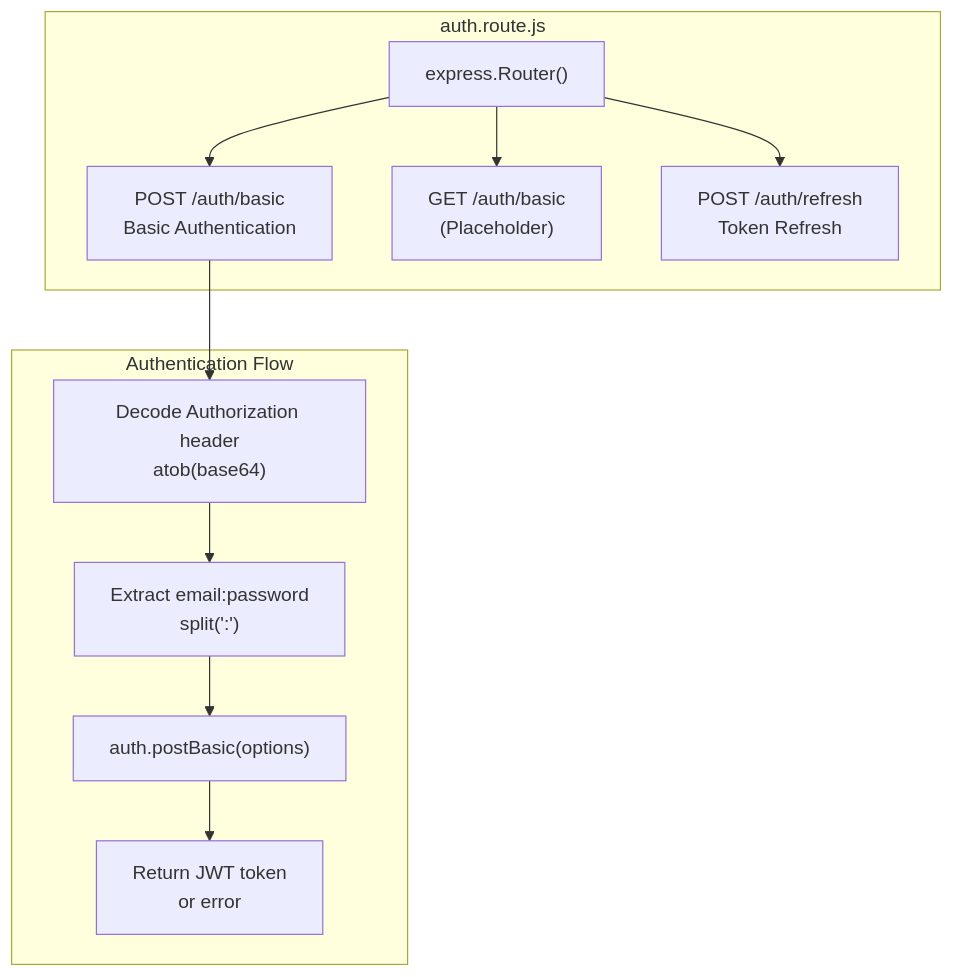
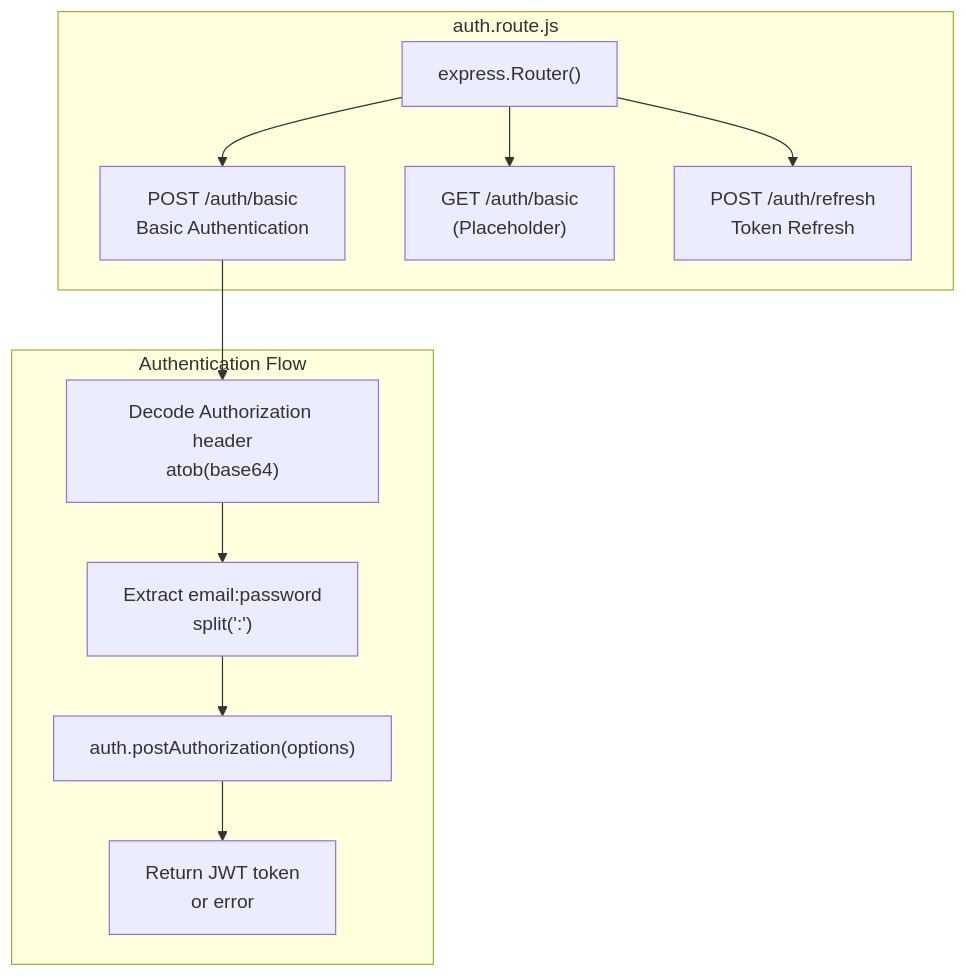
One commit to Ziddykins/LegendOfAetheria changed the third of 6 diagrams in docs/38_REST_API.md. Above: the diagram before and after it, drawn with Mermaid. The commit also changed other lines of this file and 15 other files, not shown here.

````diff
--- a/docs/38_REST_API.md
+++ b/docs/38_REST_API.md
@@ -165,21 +165,21 @@
 ```mermaid
 graph TB
     subgraph "auth.route.js"
         AuthRouter["express.Router()"]
         
         BasicPost["POST /auth/basic<br/>Basic Authentication"]
         BasicGet["GET /auth/basic<br/>(Placeholder)"]
         RefreshPost["POST /auth/refresh<br/>Token Refresh"]
         
         AuthRouter --> BasicPost
         AuthRouter --> BasicGet
         AuthRouter --> RefreshPost
     end
     
     subgraph "Authentication Flow"
         BasicPost --> DecodeHeader["Decode Authorization header<br/>atob(base64)"]
         DecodeHeader --> ExtractCreds["Extract email:password<br/>split(':')"]
-        ExtractCreds --> AuthService["auth.postBasic(options)"]
+        ExtractCreds --> AuthService["auth.postAuthorization(options)"]
         AuthService --> Response["Return JWT token<br/>or error"]
     end
 ```
````
